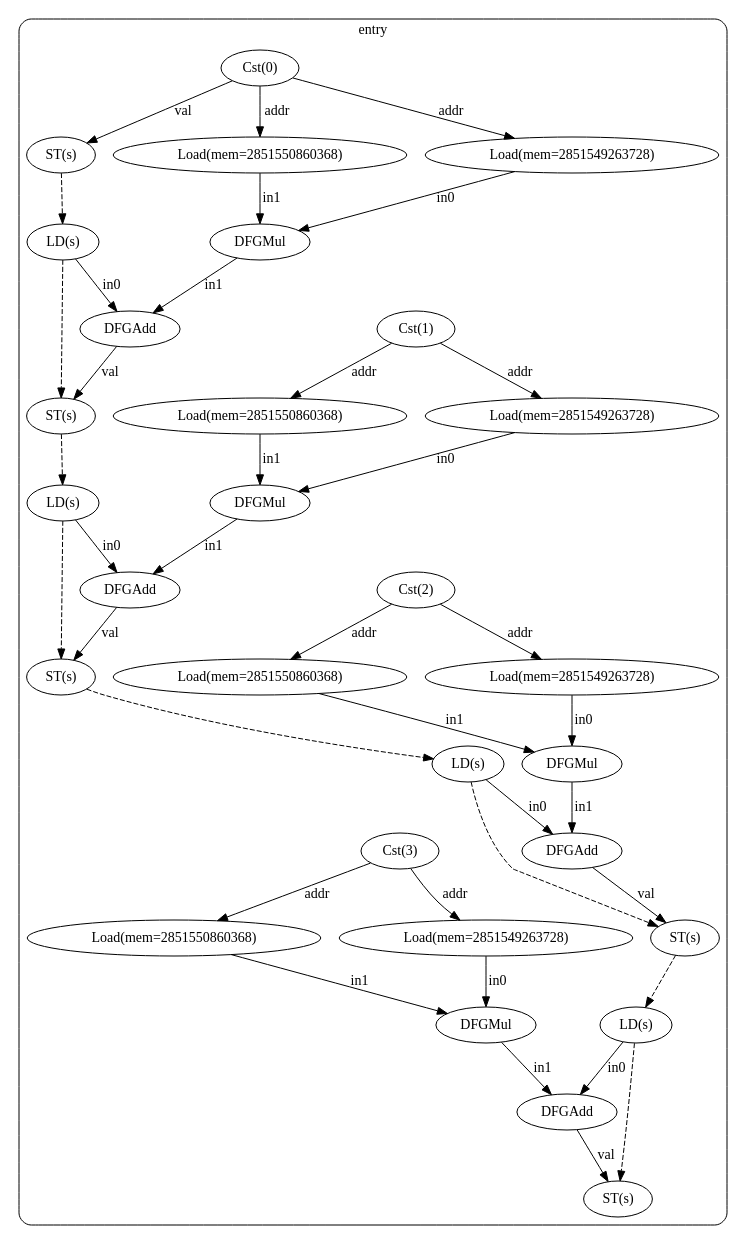
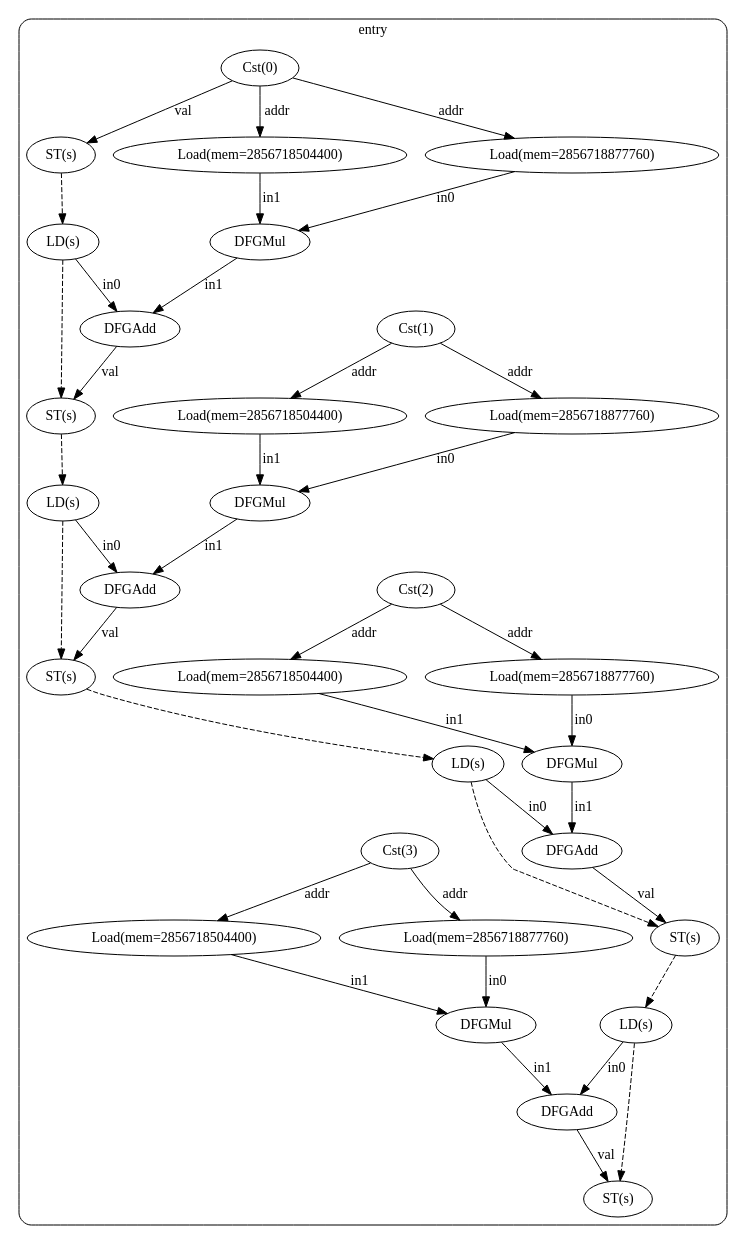
The diagram in test13/cfg_with_dfg.dot (ma-carrillo/High-level-synthesis-assignment), drawn with Graphviz before and after one commit. The commit also changed 15 other files, not shown here.

```diff
--- a/test13/cfg_with_dfg.dot
+++ b/test13/cfg_with_dfg.dot
@@ -1,73 +1,73 @@
 digraph "cfg" {
   compound=true;
   subgraph "cluster_bb0" {
     label="entry";
     style=rounded;
     bb0_n0 [label="Cst(0)"];
     bb0_n1 [label="ST(s)"];
     bb0_n2 [label="LD(s)"];
-    bb0_n3 [label="Load(mem=2851549263728)"];
-    bb0_n4 [label="Load(mem=2851550860368)"];
+    bb0_n3 [label="Load(mem=2856718877760)"];
+    bb0_n4 [label="Load(mem=2856718504400)"];
     bb0_n5 [label="DFGMul"];
     bb0_n6 [label="DFGAdd"];
     bb0_n7 [label="ST(s)"];
     bb0_n8 [label="LD(s)"];
     bb0_n9 [label="Cst(1)"];
-    bb0_n10 [label="Load(mem=2851549263728)"];
-    bb0_n11 [label="Load(mem=2851550860368)"];
+    bb0_n10 [label="Load(mem=2856718877760)"];
+    bb0_n11 [label="Load(mem=2856718504400)"];
     bb0_n12 [label="DFGMul"];
     bb0_n13 [label="DFGAdd"];
     bb0_n14 [label="ST(s)"];
     bb0_n15 [label="LD(s)"];
     bb0_n16 [label="Cst(2)"];
-    bb0_n17 [label="Load(mem=2851549263728)"];
-    bb0_n18 [label="Load(mem=2851550860368)"];
+    bb0_n17 [label="Load(mem=2856718877760)"];
+    bb0_n18 [label="Load(mem=2856718504400)"];
     bb0_n19 [label="DFGMul"];
     bb0_n20 [label="DFGAdd"];
     bb0_n21 [label="ST(s)"];
     bb0_n22 [label="LD(s)"];
     bb0_n23 [label="Cst(3)"];
-    bb0_n24 [label="Load(mem=2851549263728)"];
-    bb0_n25 [label="Load(mem=2851550860368)"];
+    bb0_n24 [label="Load(mem=2856718877760)"];
+    bb0_n25 [label="Load(mem=2856718504400)"];
     bb0_n26 [label="DFGMul"];
     bb0_n27 [label="DFGAdd"];
     bb0_n28 [label="ST(s)"];
     bb0_n0 -> bb0_n1 [label="val"];
     bb0_n0 -> bb0_n3 [label="addr"];
     bb0_n0 -> bb0_n4 [label="addr"];
     bb0_n1 -> bb0_n2 [style="dashed"];
     bb0_n2 -> bb0_n6 [label="in0"];
     bb0_n2 -> bb0_n7 [style="dashed"];
     bb0_n3 -> bb0_n5 [label="in0"];
     bb0_n4 -> bb0_n5 [label="in1"];
     bb0_n5 -> bb0_n6 [label="in1"];
     bb0_n6 -> bb0_n7 [label="val"];
     bb0_n7 -> bb0_n8 [style="dashed"];
     bb0_n8 -> bb0_n13 [label="in0"];
     bb0_n8 -> bb0_n14 [style="dashed"];
     bb0_n9 -> bb0_n10 [label="addr"];
     bb0_n9 -> bb0_n11 [label="addr"];
     bb0_n10 -> bb0_n12 [label="in0"];
     bb0_n11 -> bb0_n12 [label="in1"];
     bb0_n12 -> bb0_n13 [label="in1"];
     bb0_n13 -> bb0_n14 [label="val"];
     bb0_n14 -> bb0_n15 [style="dashed"];
     bb0_n15 -> bb0_n20 [label="in0"];
     bb0_n15 -> bb0_n21 [style="dashed"];
     bb0_n16 -> bb0_n17 [label="addr"];
     bb0_n16 -> bb0_n18 [label="addr"];
     bb0_n17 -> bb0_n19 [label="in0"];
     bb0_n18 -> bb0_n19 [label="in1"];
     bb0_n19 -> bb0_n20 [label="in1"];
     bb0_n20 -> bb0_n21 [label="val"];
     bb0_n21 -> bb0_n22 [style="dashed"];
     bb0_n22 -> bb0_n27 [label="in0"];
     bb0_n22 -> bb0_n28 [style="dashed"];
     bb0_n23 -> bb0_n24 [label="addr"];
     bb0_n23 -> bb0_n25 [label="addr"];
     bb0_n24 -> bb0_n26 [label="in0"];
     bb0_n25 -> bb0_n26 [label="in1"];
     bb0_n26 -> bb0_n27 [label="in1"];
     bb0_n27 -> bb0_n28 [label="val"];
   }
 }
```
